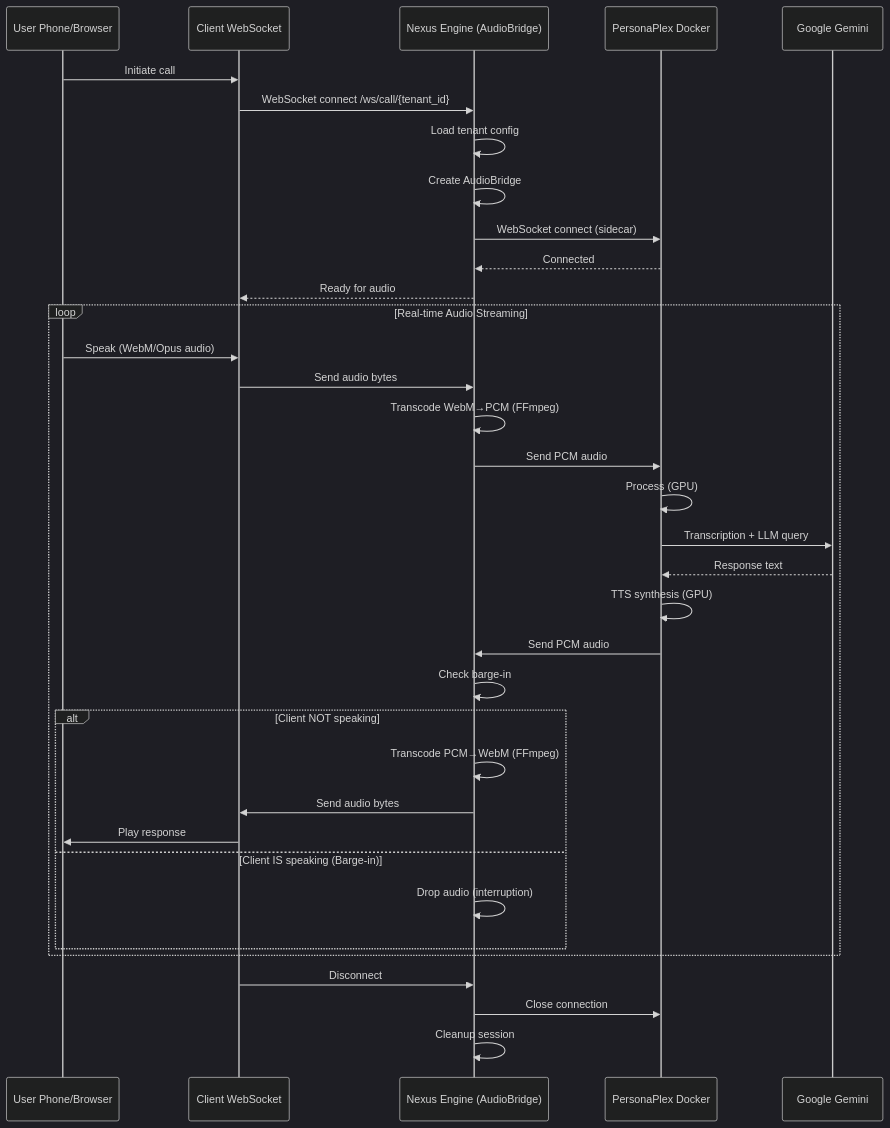
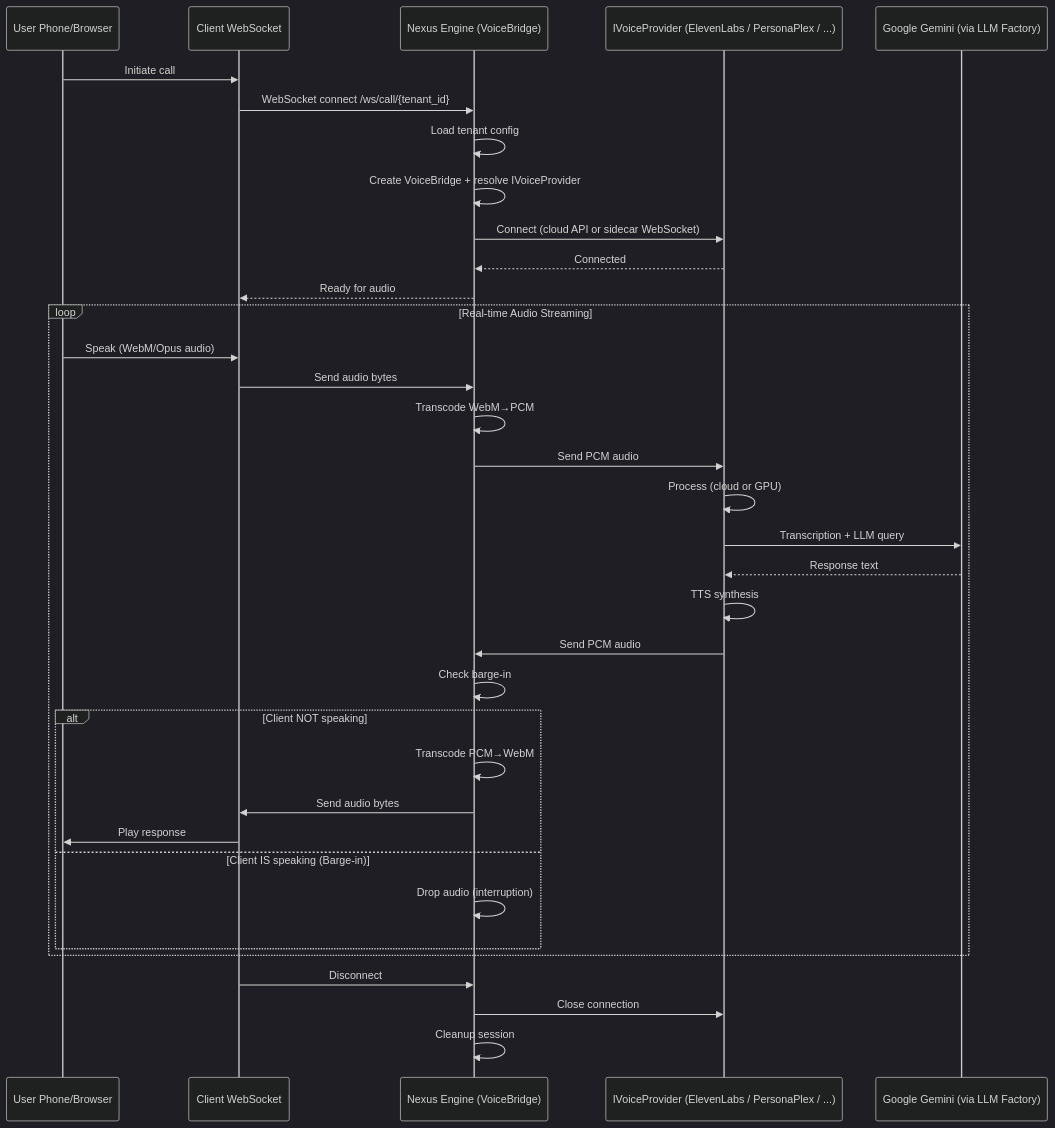
Before and after one commit to Jabanes/Nexus_AI: the first of 5 diagrams in docs/PROJECT_CONTEXT.md, drawn with Mermaid (dark theme). The commit also changed other lines of this file and 26 other files, not shown here.

First line of the commit message:
feat: Introduce provider-agnostic voice/LLM architecture with ElevenLabs support and shared integrations

````diff
--- a/docs/PROJECT_CONTEXT.md
+++ b/docs/PROJECT_CONTEXT.md
@@ -131,40 +148,40 @@
 ```mermaid
 sequenceDiagram
     participant User as User Phone/Browser
     participant Client as Client WebSocket
-    participant Nexus as Nexus Engine (AudioBridge)
-    participant PersonaPlex as PersonaPlex Docker
-    participant Gemini as Google Gemini
+    participant Nexus as Nexus Engine (VoiceBridge)
+    participant Provider as IVoiceProvider (ElevenLabs / PersonaPlex / ...)
+    participant Gemini as Google Gemini (via LLM Factory)
 
     User->>Client: Initiate call
     Client->>Nexus: WebSocket connect /ws/call/{tenant_id}
     Nexus->>Nexus: Load tenant config
-    Nexus->>Nexus: Create AudioBridge
-    Nexus->>PersonaPlex: WebSocket connect (sidecar)
-    PersonaPlex-->>Nexus: Connected
+    Nexus->>Nexus: Create VoiceBridge + resolve IVoiceProvider
+    Nexus->>Provider: Connect (cloud API or sidecar WebSocket)
+    Provider-->>Nexus: Connected
     Nexus-->>Client: Ready for audio
 
     loop Real-time Audio Streaming
         User->>Client: Speak (WebM/Opus audio)
         Client->>Nexus: Send audio bytes
-        Nexus->>Nexus: Transcode WebM→PCM (FFmpeg)
-        Nexus->>PersonaPlex: Send PCM audio
-        PersonaPlex->>PersonaPlex: Process (GPU)
-        PersonaPlex->>Gemini: Transcription + LLM query
-        Gemini-->>PersonaPlex: Response text
-        PersonaPlex->>PersonaPlex: TTS synthesis (GPU)
-        PersonaPlex->>Nexus: Send PCM audio
+        Nexus->>Nexus: Transcode WebM→PCM
+        Nexus->>Provider: Send PCM audio
+        Provider->>Provider: Process (cloud or GPU)
+        Provider->>Gemini: Transcription + LLM query
+        Gemini-->>Provider: Response text
+        Provider->>Provider: TTS synthesis
+        Provider->>Nexus: Send PCM audio
         Nexus->>Nexus: Check barge-in
         alt Client NOT speaking
-            Nexus->>Nexus: Transcode PCM→WebM (FFmpeg)
+            Nexus->>Nexus: Transcode PCM→WebM
             Nexus->>Client: Send audio bytes
             Client->>User: Play response
         else Client IS speaking (Barge-in)
             Nexus->>Nexus: Drop audio (interruption)
         end
     end
 
     Client->>Nexus: Disconnect
-    Nexus->>PersonaPlex: Close connection
+    Nexus->>Provider: Close connection
     Nexus->>Nexus: Cleanup session
 ```
````
